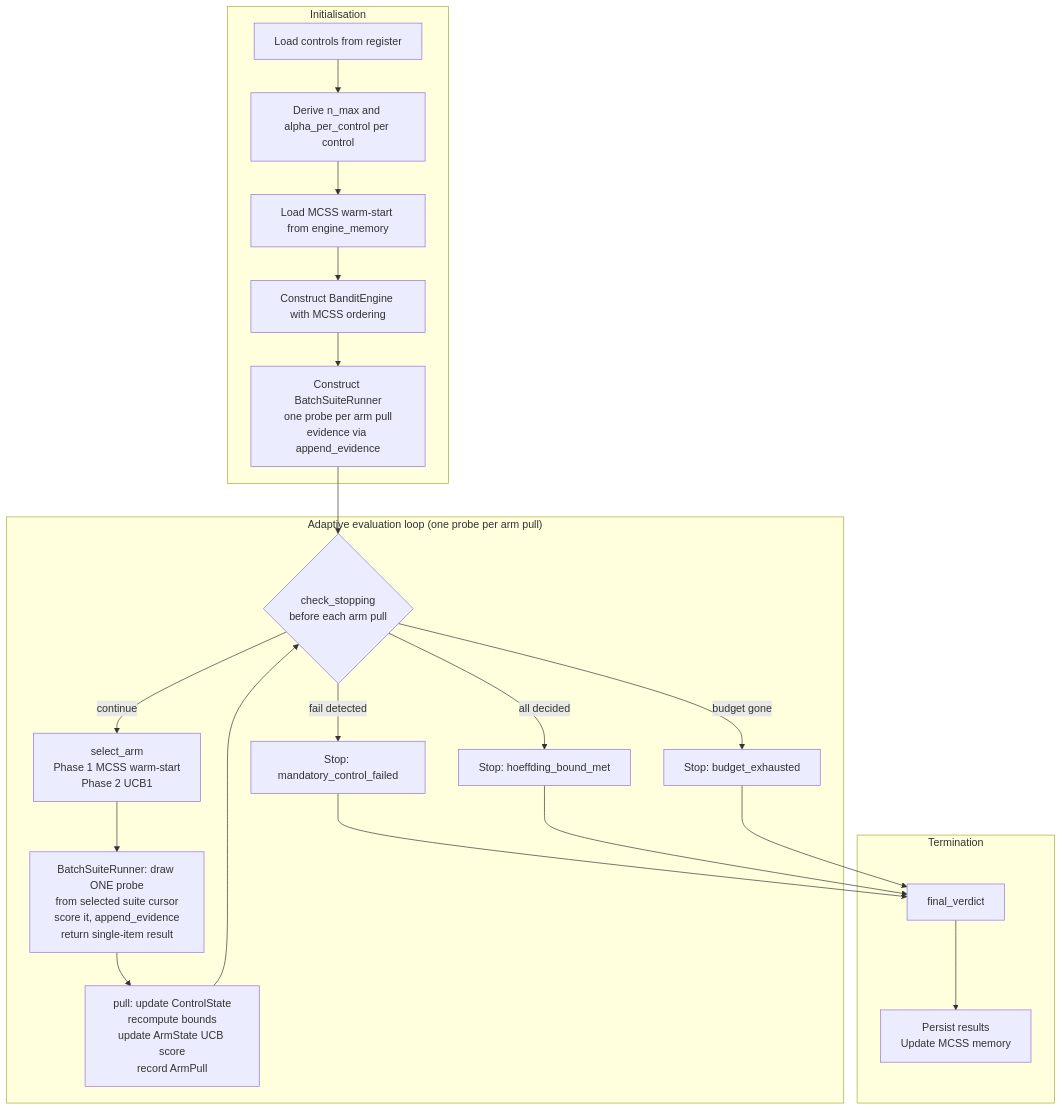
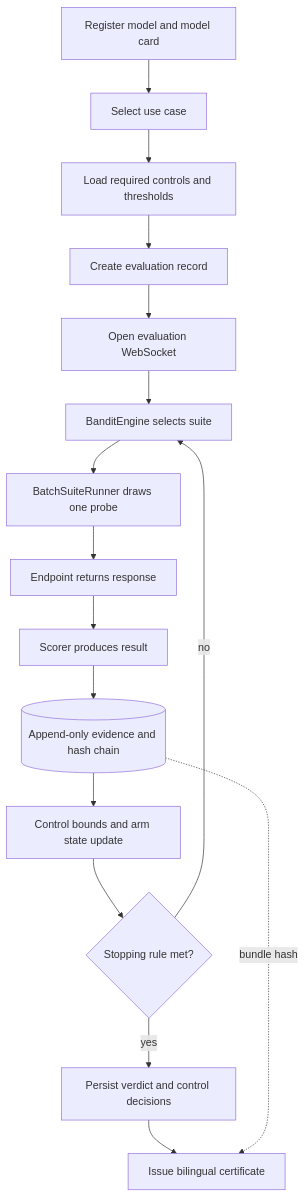
One commit to Kazemkhani/mizan changed the diagram in docs/FLOW.md. Above: the diagram before and after it, drawn with Mermaid. The commit also changed other lines of this file and 31 other files, not shown here.

````diff
--- a/docs/FLOW.md
+++ b/docs/FLOW.md
@@ -53,27 +10,18 @@
 ```mermaid
 flowchart TD
-    subgraph INIT ["Initialisation"]
-        A[Load controls from register] --> B[Derive n_max and alpha_per_control per control]
-        B --> C[Load MCSS warm-start from engine_memory]
-        C --> D[Construct BanditEngine with MCSS ordering]
-        D --> E[Construct BatchSuiteRunner\none probe per arm pull\nevidence via append_evidence]
-    end
-
-    subgraph LOOP ["Adaptive evaluation loop (one probe per arm pull)"]
-        E --> F{check_stopping\nbefore each arm pull}
-        F -->|fail detected| STOP_FAIL[Stop: mandatory_control_failed]
-        F -->|all decided| STOP_OK[Stop: hoeffding_bound_met]
-        F -->|budget gone| STOP_B[Stop: budget_exhausted]
-        F -->|continue| G[select_arm\nPhase 1 MCSS warm-start\nPhase 2 UCB1]
-        G --> H[BatchSuiteRunner: draw ONE probe\nfrom selected suite cursor\nscore it, append_evidence\nreturn single-item result]
-        H --> I[pull: update ControlState\nrecompute bounds\nupdate ArmState UCB score\nrecord ArmPull]
-        I --> F
-    end
-
-    subgraph TERM ["Termination"]
-        STOP_FAIL --> J[final_verdict]
-        STOP_OK --> J
-        STOP_B --> J
-        J --> K[Persist results\nUpdate MCSS memory]
-    end
+    A[Register model and model card] --> B[Select use case]
+    B --> C[Load required controls and thresholds]
+    C --> D[Create evaluation record]
+    D --> E[Open evaluation WebSocket]
+    E --> F[BanditEngine selects suite]
+    F --> G[BatchSuiteRunner draws one probe]
+    G --> H[Endpoint returns response]
+    H --> I[Scorer produces result]
+    I --> J[(Append-only evidence and hash chain)]
+    J --> K[Control bounds and arm state update]
+    K --> L{Stopping rule met?}
+    L -->|no| F
+    L -->|yes| M[Persist verdict and control decisions]
+    M --> N[Issue bilingual certificate]
+    J -. bundle hash .-> N
 ```
````
